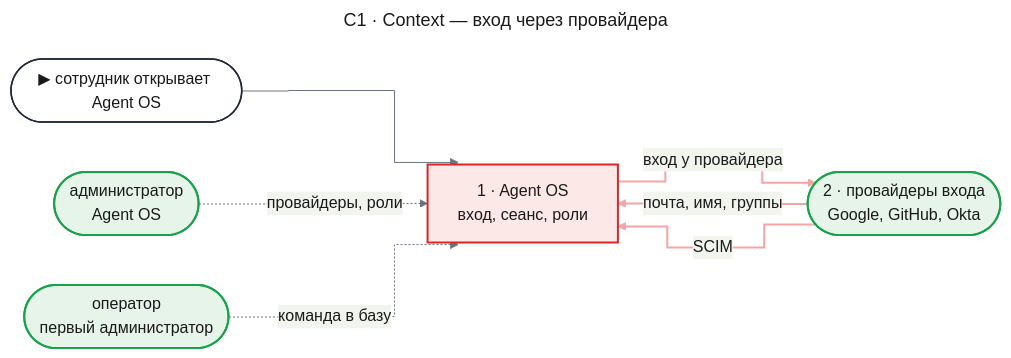
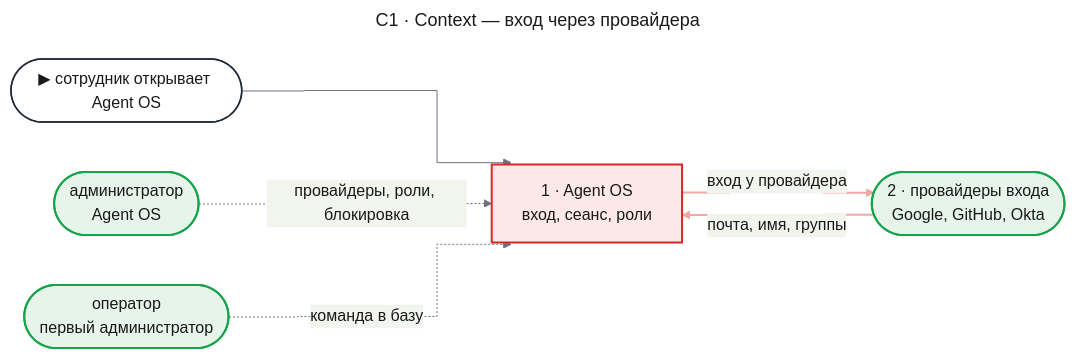
One commit to tundraray/agent-os changed the first of 9 diagrams in docs/features/enterprise-access/design-identity.md. Above: the diagram before and after it, drawn with Mermaid. The commit also changed other lines of this file and 6 other files, not shown here.

Commit message:
docs(enterprise-access): cut SAML, SCIM, the lockout and the last-admin rule from identity

````diff
--- a/docs/features/enterprise-access/design-identity.md
+++ b/docs/features/enterprise-access/design-identity.md
@@ -223,42 +206,39 @@
 ```mermaid
 ---
 title: "C1 · Context — вход через провайдера"
 config:
   theme: base
   look: classic
   themeVariables:
     primaryColor: "#eef1f5"
     primaryBorderColor: "#4b5563"
     primaryTextColor: "#1a1a1a"
     lineColor: "#6b7280"
   flowchart:
     curve: step
   themeCSS: |
-    @keyframes lit_c1{0%,30%{stroke:#991b1b;stroke-width:6px}33.33%,100%{stroke:#f4a5a5;stroke-width:2px}}
+    @keyframes lit_c1{0%,45%{stroke:#991b1b;stroke-width:6px}50%,100%{stroke:#f4a5a5;stroke-width:2px}}
 ---
 flowchart LR
     entry(["▶ сотрудник открывает Agent OS"])
     aos["1 · Agent OS<br/>вход, сеанс, роли"]
     idp(["2 · провайдеры входа<br/>Google, GitHub, Okta"])
     oper(["оператор<br/>первый администратор"])
     admin(["администратор<br/>Agent OS"])
     entry --> aos
     aos e1@-->|"вход у провайдера"| idp
     idp e2@-->|"почта, имя, группы"| aos
-    idp e3@-->|"SCIM"| aos
-    admin -.->|"провайдеры, роли"| aos
+    admin -.->|"провайдеры, роли, блокировка"| aos
     oper -.->|"команда в базу"| aos
     classDef entry fill:#ffffff,stroke:#1f2937,stroke-width:1.5px,color:#1a1a1a
     classDef changed fill:#fde8e8,stroke:#dc2626,stroke-width:2px,color:#1a1a1a
     classDef new fill:#e6f4ea,stroke:#16a34a,stroke-width:2px,color:#1a1a1a
     classDef unchanged fill:#eef1f5,stroke:#4b5563,stroke-width:1.5px,color:#1a1a1a
-    classDef w1 stroke:#f4a5a5,stroke-width:2px,animation:lit_c1 3.6s linear 0s infinite
-    classDef w2 stroke:#f4a5a5,stroke-width:2px,animation:lit_c1 3.6s linear 1.2s infinite
-    classDef w3 stroke:#f4a5a5,stroke-width:2px,animation:lit_c1 3.6s linear 2.4s infinite
+    classDef w1 stroke:#f4a5a5,stroke-width:2px,animation:lit_c1 2.4s linear 0s infinite
+    classDef w2 stroke:#f4a5a5,stroke-width:2px,animation:lit_c1 2.4s linear 1.2s infinite
     class entry entry
     class aos changed
     class idp,admin,oper new
     class e1 w1
     class e2 w2
-    class e3 w3
 ```
````
